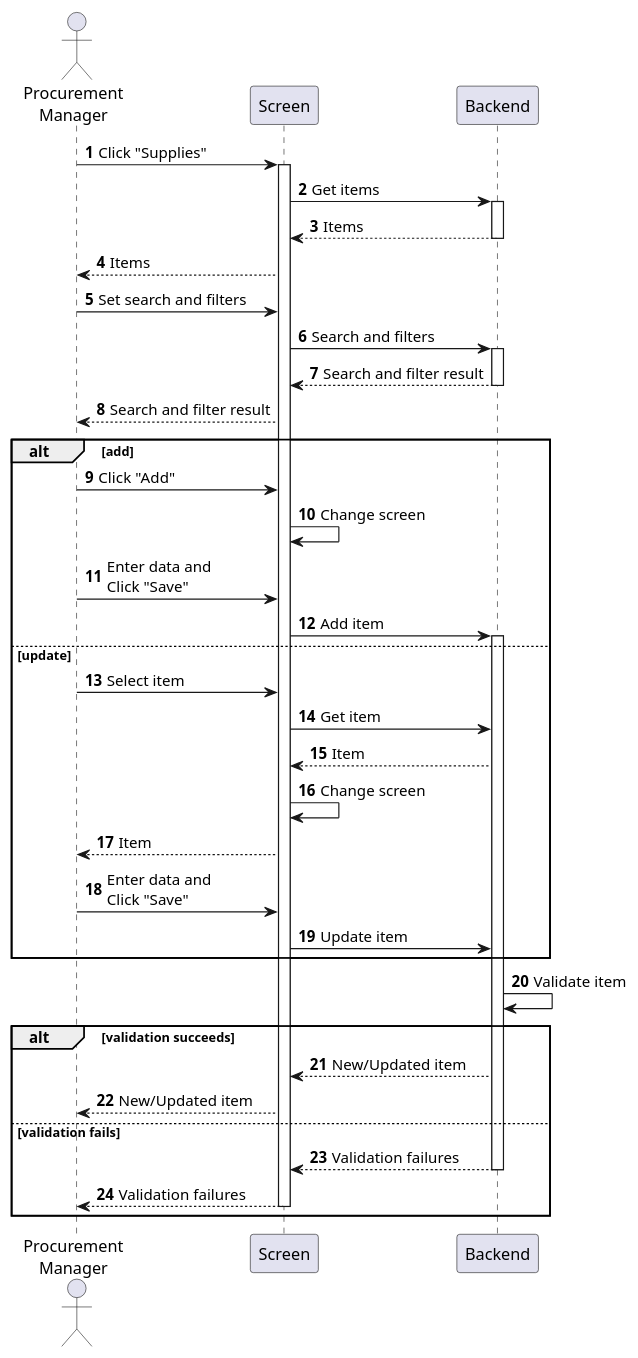
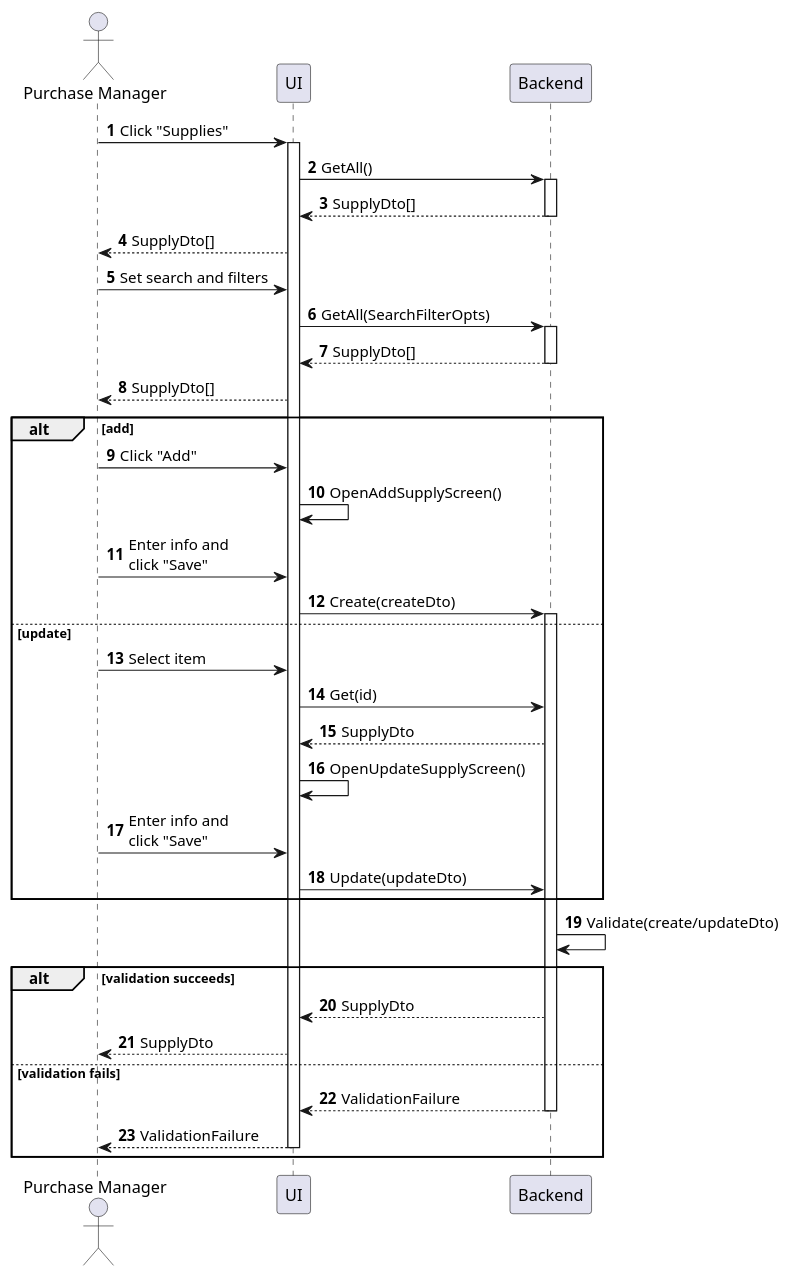
Before and after one commit to phihungha/scmss-reqs: the diagram in sequences/supply-manage.plantuml, drawn with PlantUML. The commit also changed 33 other files, not shown here.

Commit message:
Improve sequence diagrams of purchase and manage use cases

```diff
--- a/sequences/supply-manage.plantuml
+++ b/sequences/supply-manage.plantuml
@@ -1,45 +1,44 @@
 @startuml supply-manage
 autonumber
 
-actor "Procurement\nManager" as a
-participant Screen as f
+actor "Purchase Manager" as a
+participant UI as f
 participant Backend as b
 
 a -> f : Click "Supplies"
 activate f
-f -> b : Get items
+f -> b : GetAll()
 activate b
-return Items
-f --> a : Items
+return SupplyDto[]
+f --> a : SupplyDto[]
 a -> f : Set search and filters
-f -> b : Search and filters
+f -> b : GetAll(SearchFilterOpts)
 activate b
-return Search and filter result
-f --> a : Search and filter result
+return SupplyDto[]
+f --> a : SupplyDto[]
 
 alt add
     a -> f : Click "Add"
-    f -> f : Change screen
-    a -> f : Enter data and\nClick "Save"
-    f -> b : Add item
+    f -> f : OpenAddSupplyScreen()
+    a -> f : Enter info and\nclick "Save"
+    f -> b : Create(createDto)
     activate b
 else update
     a -> f : Select item
-    f -> b : Get item
-    b --> f : Item
-    f -> f : Change screen
-    f --> a : Item
-    a -> f : Enter data and\nClick "Save"
-    f -> b : Update item
+    f -> b : Get(id)
+    b --> f : SupplyDto
+    f -> f : OpenUpdateSupplyScreen()
+    a -> f : Enter info and\nclick "Save"
+    f -> b : Update(updateDto)
 end
 
-b -> b : Validate item
+b -> b : Validate(create/updateDto)
 
 alt validation succeeds
-    b --> f : New/Updated item
-    f --> a : New/Updated item
+    b --> f : SupplyDto
+    f --> a : SupplyDto
 else validation fails
-    return Validation failures
-    return Validation failures
+    return ValidationFailure
+    return ValidationFailure
 end
 @enduml
```
